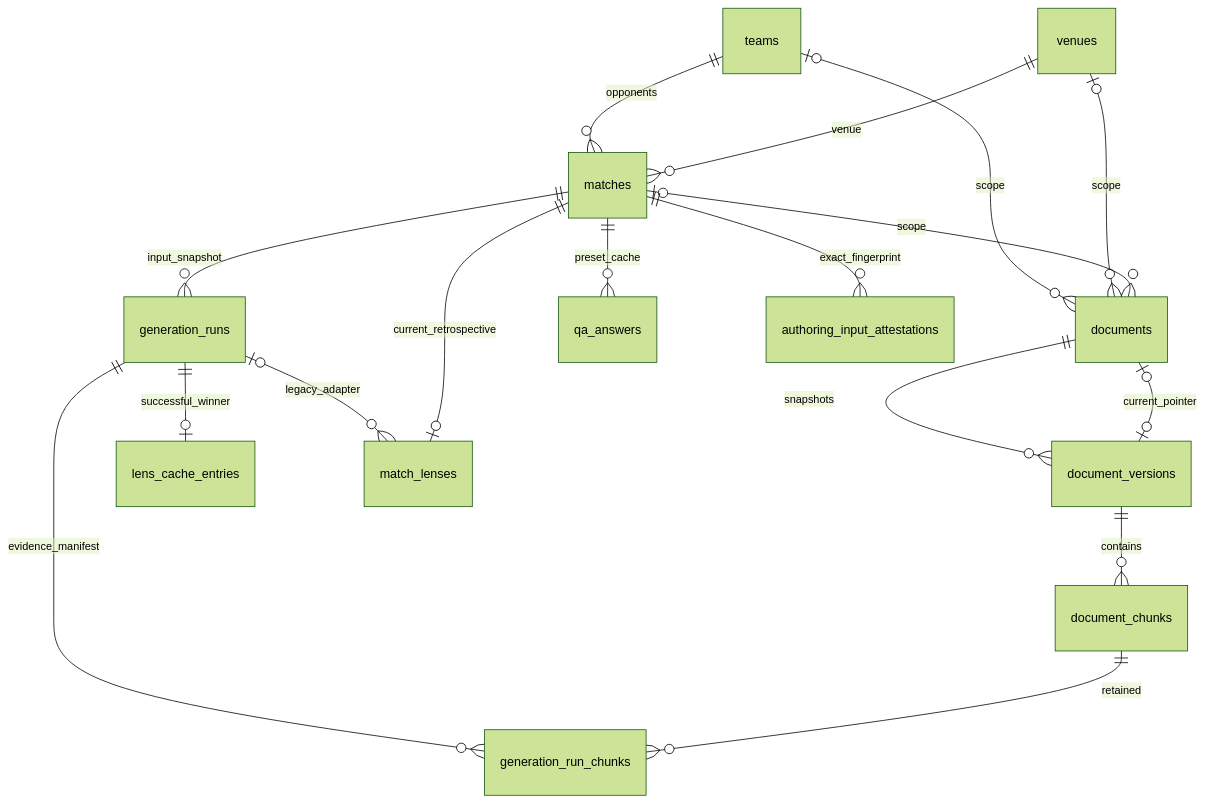
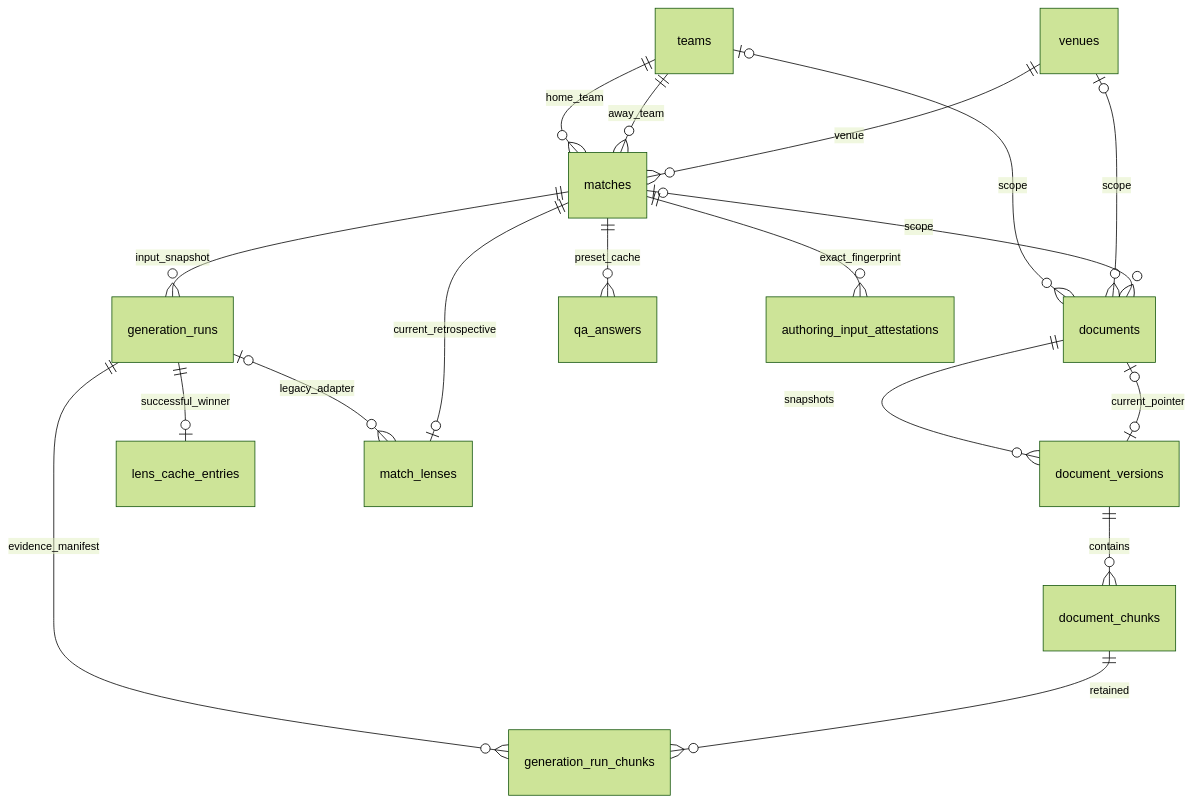
One commit to jeffreymutethia/world-cup-lens changed the diagram in docs/database-contract.md. Above: the diagram before and after it, drawn with Mermaid (forest theme). The commit also changed 1 other file, not shown here.

Commit message:
Record backend CI deployment and regression evidence

````diff
--- a/docs/database-contract.md
+++ b/docs/database-contract.md
@@ -42,19 +42,20 @@
 ```mermaid
 erDiagram
-  teams ||--o{ matches : opponents
+  teams ||--o{ matches : home_team
+  teams ||--o{ matches : away_team
   venues ||--o{ matches : venue
   teams o|--o{ documents : scope
   venues o|--o{ documents : scope
   matches o|--o{ documents : scope
   documents ||--o{ document_versions : snapshots
   document_versions ||--o{ document_chunks : contains
   documents o|--o| document_versions : current_pointer
   matches ||--o{ generation_runs : input_snapshot
   generation_runs ||--o{ generation_run_chunks : evidence_manifest
   document_chunks ||--o{ generation_run_chunks : retained
   generation_runs ||--o| lens_cache_entries : successful_winner
   generation_runs o|--o{ match_lenses : legacy_adapter
   matches ||--o| match_lenses : current_retrospective
   matches ||--o{ qa_answers : preset_cache
   matches ||--o{ authoring_input_attestations : exact_fingerprint
 ```
````
